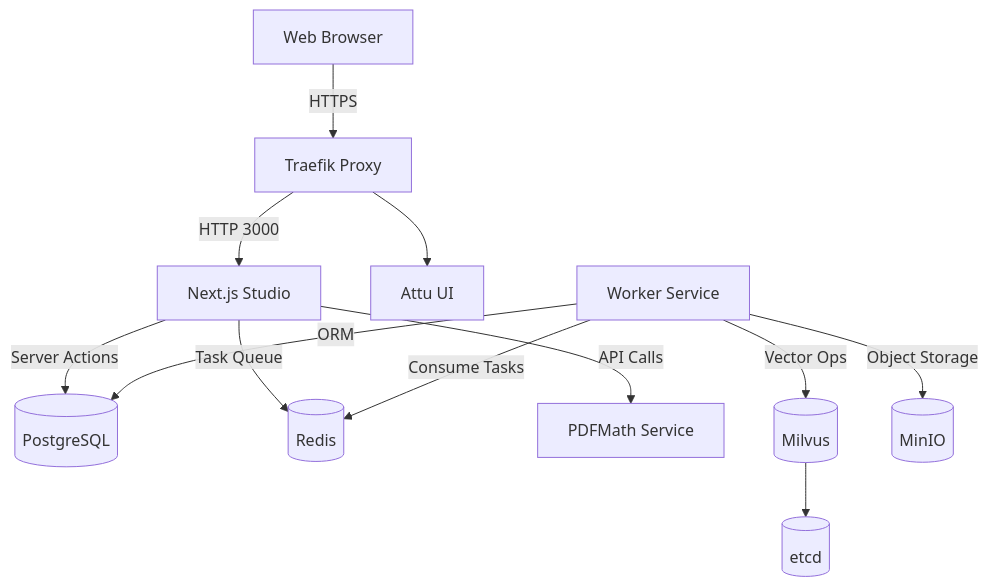
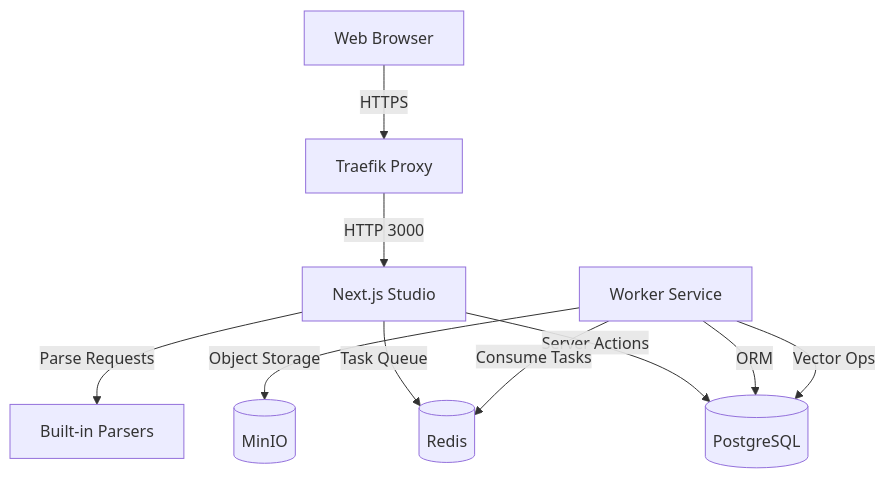
Before and after one commit to hint-lab/deeptrans-studio: the diagram in README.md, drawn with Mermaid. The commit also changed other lines of this file and 144 other files, not shown here.

````diff
--- a/README.md
+++ b/README.md
@@ -84,14 +88,12 @@
 ```mermaid
 graph TD
     Browser[Web Browser] -->|HTTPS| Traefik[Traefik Proxy]
     Traefik -->|HTTP 3000| Studio[Next.js Studio]
-    Traefik --> Attu[Attu UI]
     Studio -->|Server Actions| Postgres[(PostgreSQL)]
     Studio -->|Task Queue| Redis[(Redis)]
-    Studio -->|API Calls| PDFMath[PDFMath Service]
+    Studio -->|Parse Requests| Parser[Built-in Parsers]
     Worker[Worker Service] -->|Consume Tasks| Redis
     Worker -->|ORM| Postgres
-    Worker -->|Vector Ops| Milvus[(Milvus)]
+    Worker -->|Vector Ops| Postgres
     Worker -->|Object Storage| MinIO[(MinIO)]
-    Milvus --> etcd[(etcd)]
 ```
````
